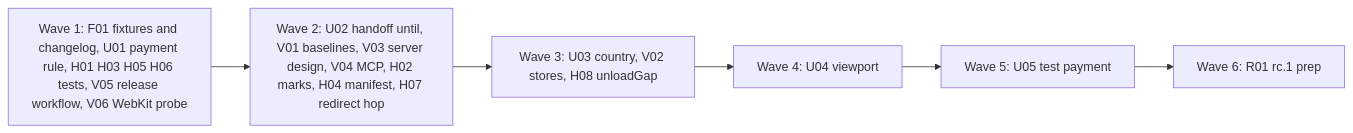
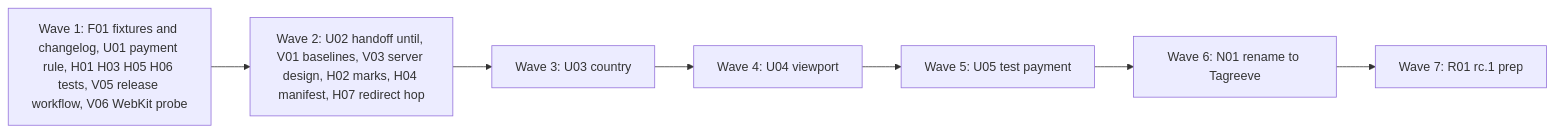
The diagram in docs/plan-0.4.md (alfhen/pingwright), drawn with Mermaid before and after one commit. The commit also changed other lines of this file, not shown here.

Commit message:
Plan 0.4: record the scope cuts and add N01, the rename to Tagreeve

````diff
--- a/docs/plan-0.4.md
+++ b/docs/plan-0.4.md
@@ -72,8 +71,9 @@
 ```mermaid
 flowchart LR
-  W1[Wave 1: F01 fixtures and changelog, U01 payment rule, H01 H03 H05 H06 tests, V05 release workflow, V06 WebKit probe] --> W2[Wave 2: U02 handoff until, V01 baselines, V03 server design, V04 MCP, H02 marks, H04 manifest, H07 redirect hop]
-  W2 --> W3[Wave 3: U03 country, V02 stores, H08 unloadGap]
+  W1[Wave 1: F01 fixtures and changelog, U01 payment rule, H01 H03 H05 H06 tests, V05 release workflow, V06 WebKit probe] --> W2[Wave 2: U02 handoff until, V01 baselines, V03 server design, H02 marks, H04 manifest, H07 redirect hop]
+  W2 --> W3[Wave 3: U03 country]
   W3 --> W4[Wave 4: U04 viewport]
   W4 --> W5[Wave 5: U05 test payment]
-  W5 --> W6[Wave 6: R01 rc.1 prep]
+  W5 --> W6[Wave 6: N01 rename to Tagreeve]
+  W6 --> W7[Wave 7: R01 rc.1 prep]
 ```
````
